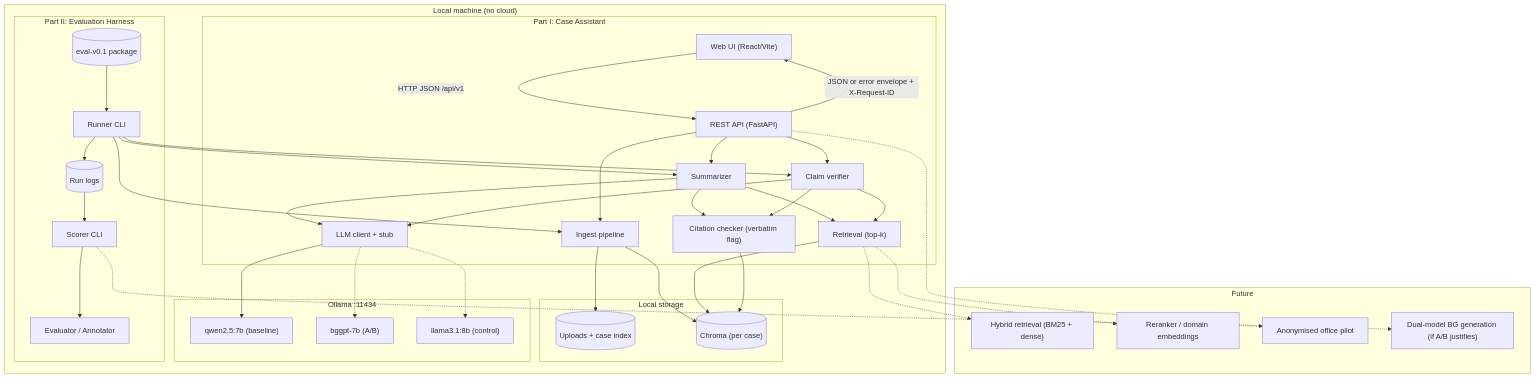
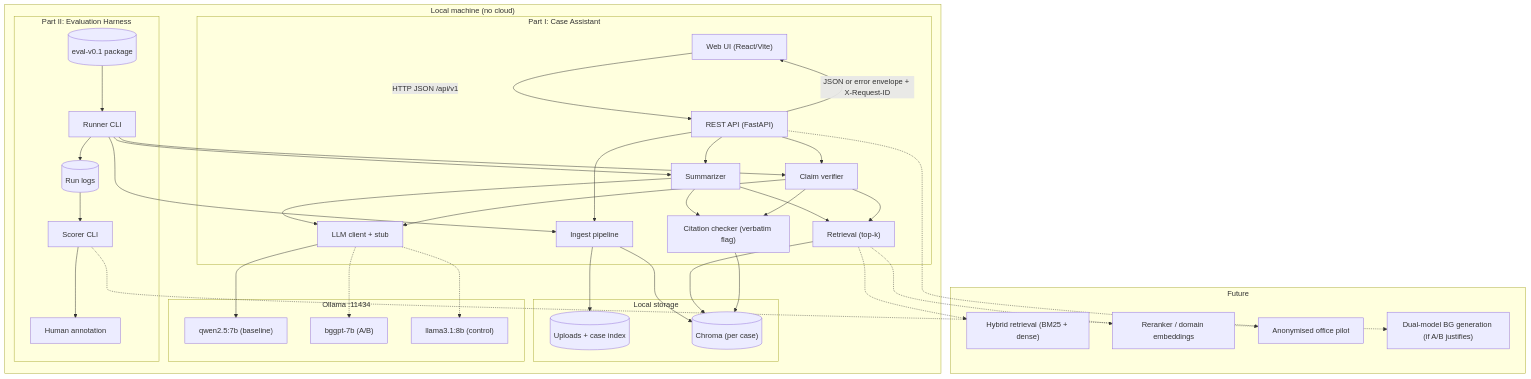
The diagram in docs/PRD.md (mdimitrov1298/Legal-Document-Assistant), drawn with Mermaid before and after one commit. The commit also changed other lines of this file and 9 other files, not shown here.

````diff
--- a/docs/PRD.md
+++ b/docs/PRD.md
@@ -298,73 +277,73 @@
 ```mermaid
 flowchart TB
     subgraph LocalMachine["Local machine (no cloud)"]
         subgraph Application["Part I: Case Assistant"]
             UI["Web UI (React/Vite)"]
             API["REST API (FastAPI)"]
             ING["Ingest pipeline"]
             RET["Retrieval (top-k)"]
             SUM["Summarizer"]
             VER["Claim verifier"]
             CIT["Citation checker (verbatim flag)"]
             LLMC["LLM client + stub"]
         end
 
         subgraph Storage["Local storage"]
             FILES[("Uploads + case index")]
             CHROMA[("Chroma (per case)")]
         end
 
         subgraph Runtime["Ollama :11434"]
             QWEN["qwen2.5:7b (baseline)"]
             BGGPT["bggpt-7b (A/B)"]
             LLAMA["llama3.1:8b (control)"]
         end
 
         subgraph Harness["Part II: Evaluation Harness"]
             PKG[("eval-v0.1 package")]
             RUN["Runner CLI"]
             LOGS[("Run logs")]
             SCORE["Scorer CLI"]
-            ANN["Evaluator / Annotator"]
+            ANN["Human annotation"]
         end
     end
 
     UI -->|"HTTP JSON /api/v1"| API
     API --> ING
     ING --> FILES
     ING --> CHROMA
     API --> SUM
     API --> VER
     SUM --> RET
     VER --> RET
     RET --> CHROMA
     SUM --> LLMC
     VER --> LLMC
     LLMC --> QWEN
     LLMC -.-> BGGPT
     LLMC -.-> LLAMA
     SUM --> CIT
     VER --> CIT
     CIT --> CHROMA
     API -->|"JSON or error envelope + X-Request-ID"| UI
 
     PKG --> RUN
     RUN --> ING
     RUN --> SUM
     RUN --> VER
     RUN --> LOGS
     LOGS --> SCORE
     SCORE --> ANN
 
     subgraph Future["Future"]
         HYB["Hybrid retrieval (BM25 + dense)"]
         RR["Reranker / domain embeddings"]
         PILOT["Anonymised office pilot"]
         DUAL["Dual-model BG generation (if A/B justifies)"]
     end
 
     RET -.-> HYB
     RET -.-> RR
     API -.-> PILOT
     SCORE -.-> DUAL
 ```
````
